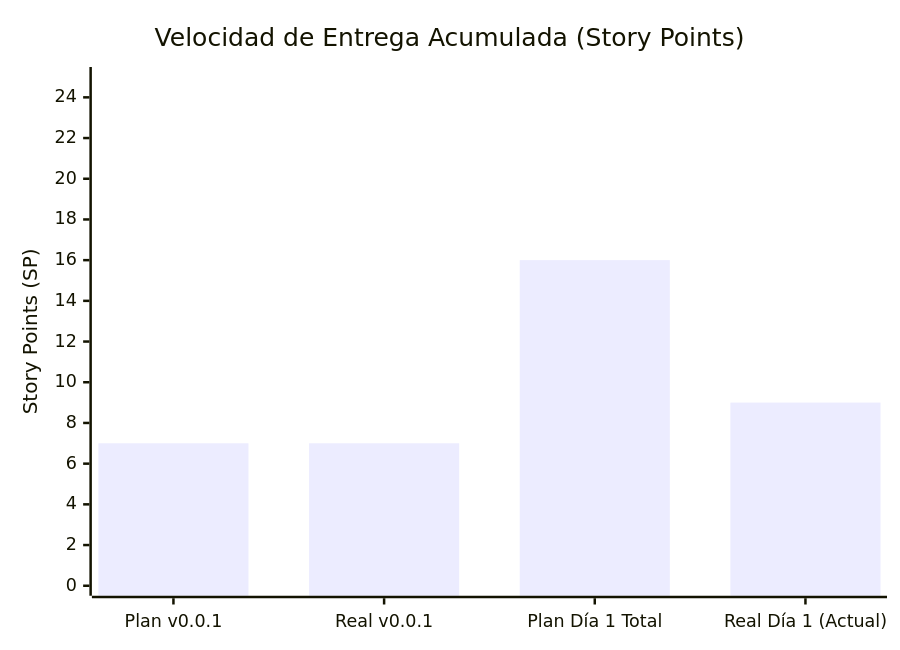
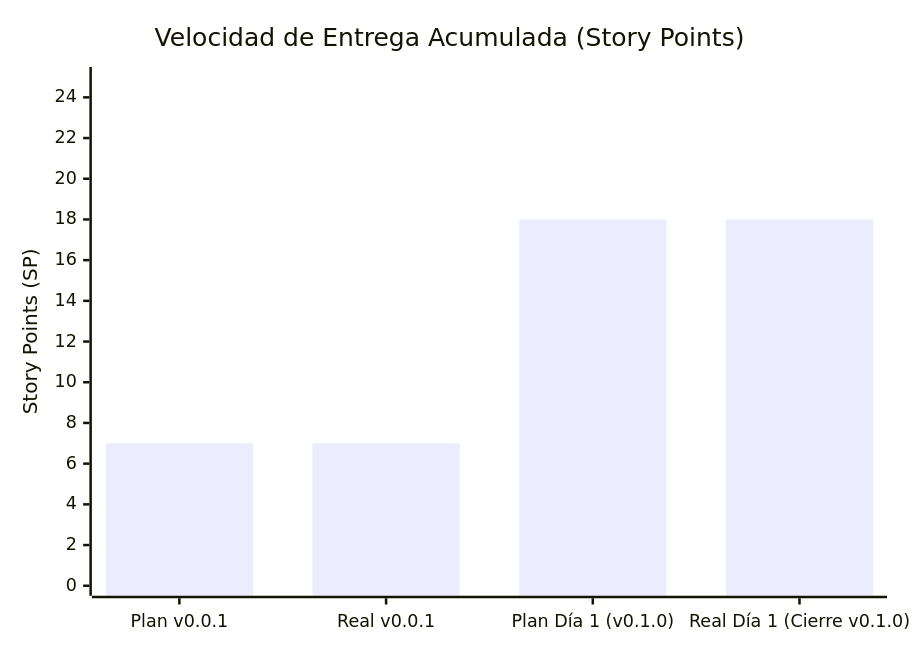
One commit to Galucio-97/SistemaInventario- changed the second of 2 diagrams in docs/07-estimacion-esfuerzo.md. Above: the diagram before and after it, drawn with Mermaid. The commit also changed other lines of this file and 7 other files, not shown here.

````diff
--- a/docs/07-estimacion-esfuerzo.md
+++ b/docs/07-estimacion-esfuerzo.md
@@ -135,7 +135,7 @@
 ```mermaid
 xychart-beta
     title "Velocidad de Entrega Acumulada (Story Points)"
-    x-axis ["Plan v0.0.1", "Real v0.0.1", "Plan Día 1 Total", "Real Día 1 (Actual)"]
+    x-axis ["Plan v0.0.1", "Real v0.0.1", "Plan Día 1 (v0.1.0)", "Real Día 1 (Cierre v0.1.0)"]
     y-axis "Story Points (SP)" 0 --> 25
-    bar [7, 7, 16, 9]
+    bar [7, 7, 18, 18]
 ```
````
